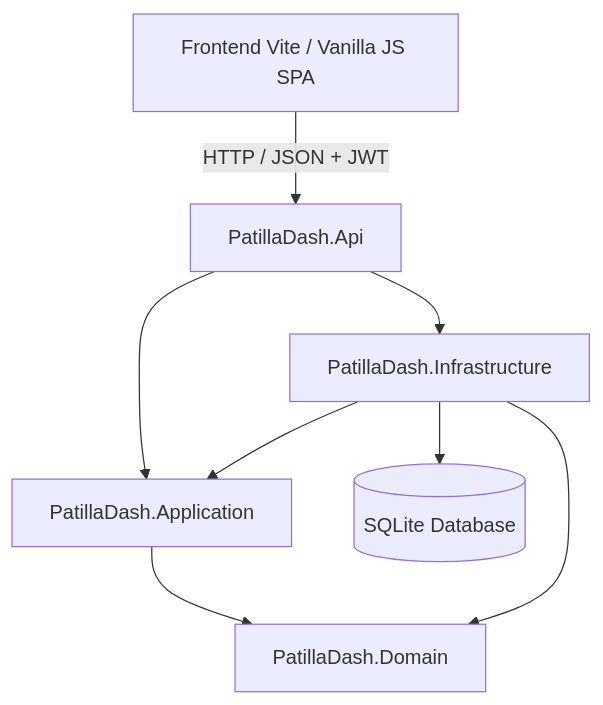
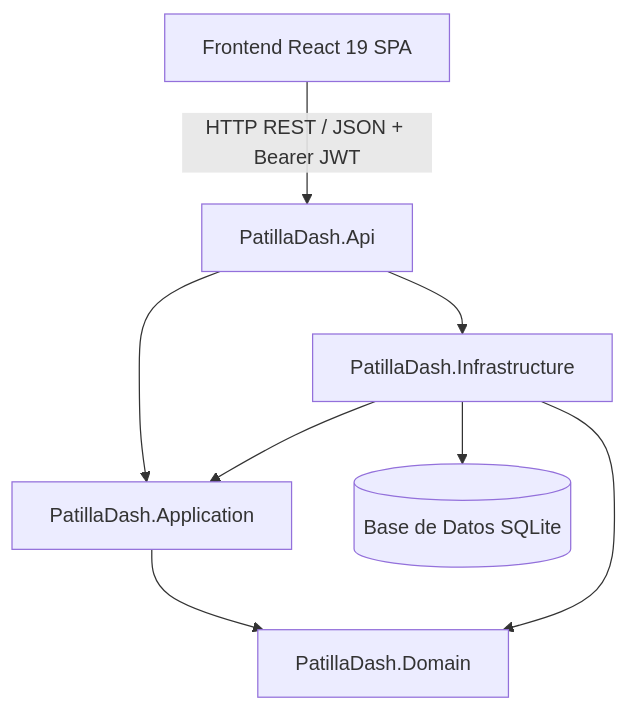
Before and after one commit to pachecoedgardo2006-coder/PatillaDash: the diagram in README.md, drawn with Mermaid. The commit also changed other lines of this file and 16 other files, not shown here.

````diff
--- a/README.md
+++ b/README.md
@@ -50,10 +66,10 @@
 ```mermaid
 graph TD
-    UI[Frontend Vite / Vanilla JS SPA] -->|HTTP / JSON + JWT| API[PatillaDash.Api]
-    API --> APP[PatillaDash.Application]
-    API --> INFRA[PatillaDash.Infrastructure]
-    INFRA --> APP
-    APP --> DOMAIN[PatillaDash.Domain]
-    INFRA --> DOMAIN
-    INFRA --> DB[(SQLite Database)]
+    Client[Frontend React 19 SPA] -->|HTTP REST / JSON + Bearer JWT| API[PatillaDash.Api]
+    API --> Application[PatillaDash.Application]
+    API --> Infrastructure[PatillaDash.Infrastructure]
+    Infrastructure --> Application
+    Application --> Domain[PatillaDash.Domain]
+    Infrastructure --> Domain
+    Infrastructure --> DB[(Base de Datos SQLite)]
 ```
````
